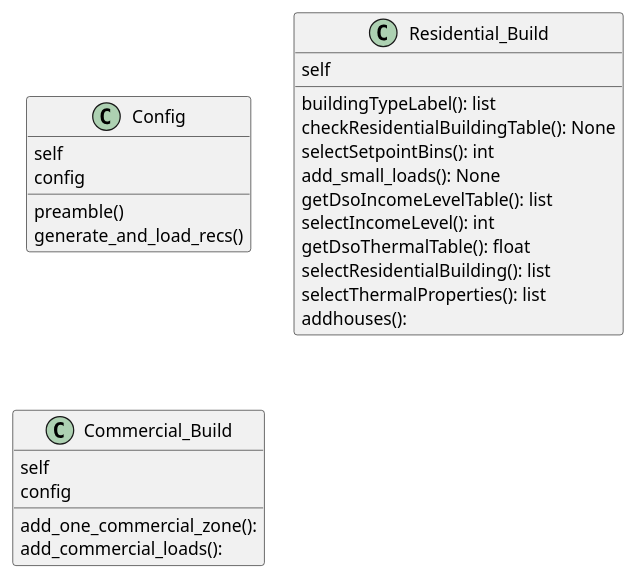
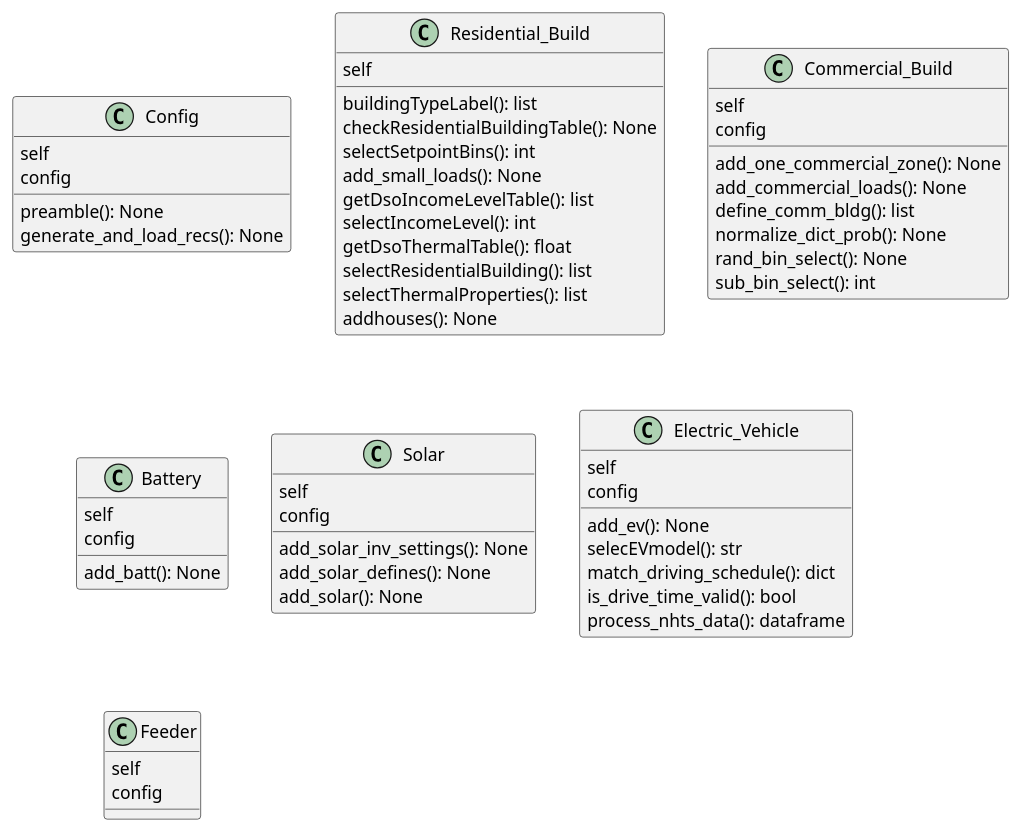
Before and after one commit to pnnl/tesp: the diagram in doc/design/feeder_generator/gld_residential_feeder_class.wsd, drawn with PlantUML. The commit also changed 1 other file, not shown here.

Commit message:
Edits to gld_residential_feeder and class diagram. TODO: house count is much higher than actual added houses.

```diff
--- a/doc/design/feeder_generator/gld_residential_feeder_class.wsd
+++ b/doc/design/feeder_generator/gld_residential_feeder_class.wsd
@@ -1,34 +1,73 @@
 @startuml gld_residential_feeder_class.wsd
 
 class Config {
     self 
     config
 
-    preamble()
-    generate_and_load_recs()
+    preamble(): None
+    generate_and_load_recs(): None
 }
 
 class Residential_Build {
     self
 
     buildingTypeLabel(): list
     checkResidentialBuildingTable(): None 
     selectSetpointBins(): int 
     add_small_loads(): None
     getDsoIncomeLevelTable(): list
     selectIncomeLevel(): int
     getDsoThermalTable(): float
     selectResidentialBuilding(): list
     selectThermalProperties(): list 
-    addhouses():
+    addhouses(): None
 }
 
 class Commercial_Build {
     self
     config
 
-    add_one_commercial_zone():
-    add_commercial_loads():
+    add_one_commercial_zone(): None
+    add_commercial_loads(): None
+    define_comm_bldg(): list
+    normalize_dict_prob(): None
+    rand_bin_select(): None
+    sub_bin_select(): int
+}
+
+class Battery {
+    self
+    config
+
+    add_batt(): None
+}
+
+class Solar {
+    self
+    config
+
+    add_solar_inv_settings(): None
+    add_solar_defines(): None
+    add_solar(): None
+}
+
+class Electric_Vehicle {
+    self
+    config
+
+    add_ev(): None
+    selecEVmodel(): str
+    match_driving_schedule(): dict
+    is_drive_time_valid(): bool
+    process_nhts_data(): dataframe
+}
+
+class Feeder {
+    self
+    config
+
+    
 
 }
+
 @enduml
```
